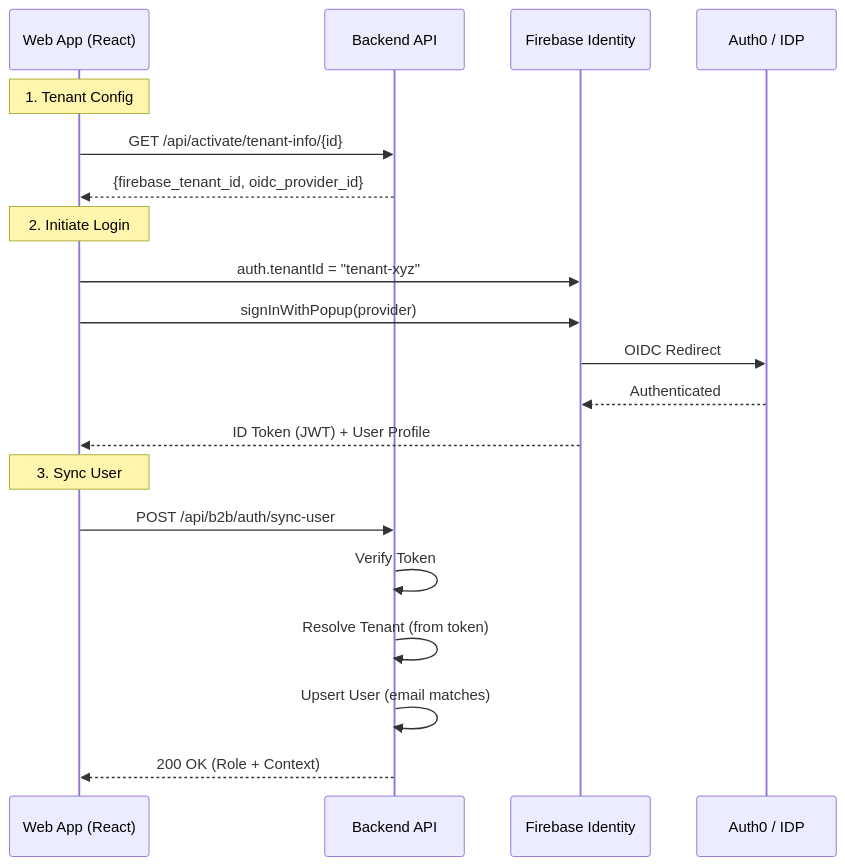
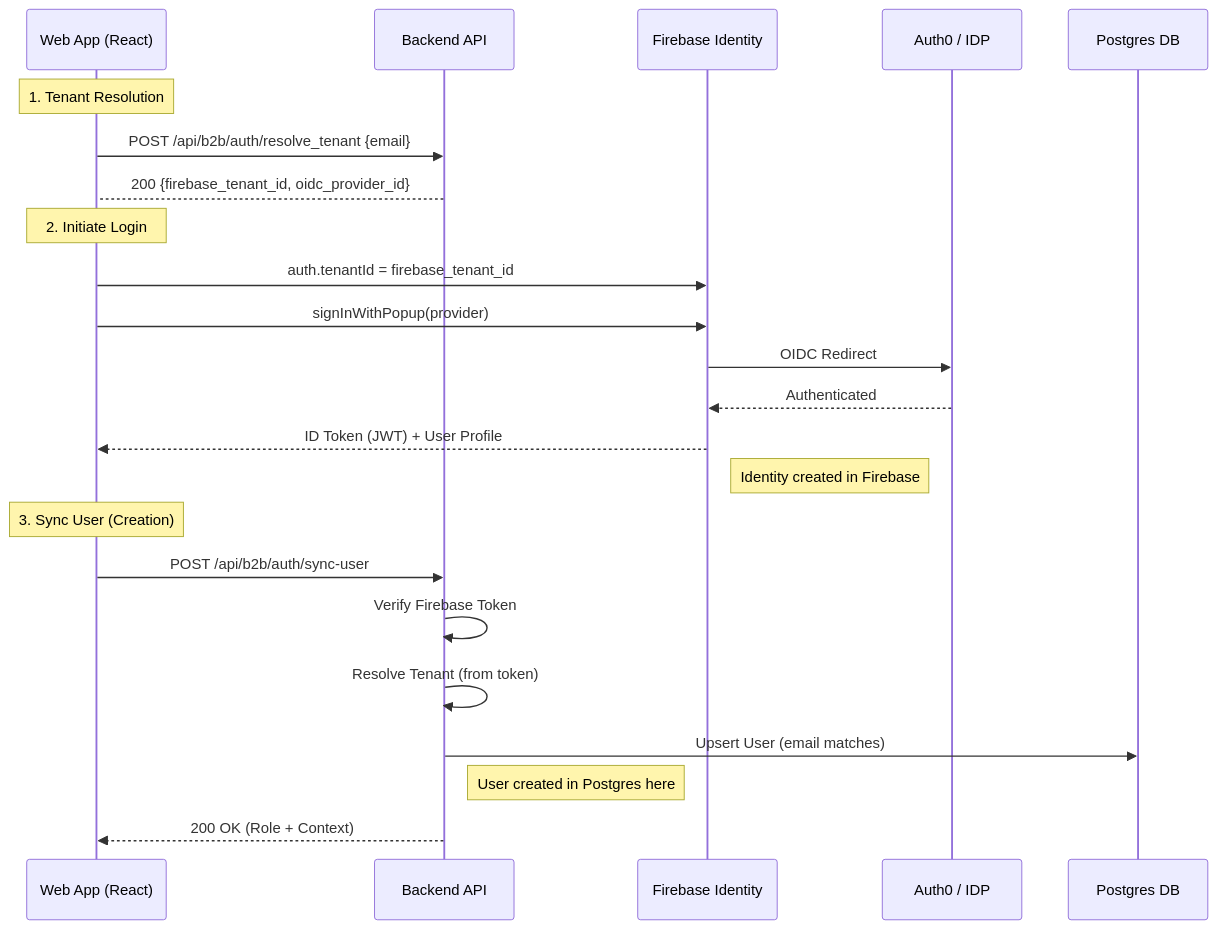
Before and after one commit to nkumar15/communication-analysis: the second of 3 diagrams in docs/architecture/authentication.md, drawn with Mermaid. The commit also changed other lines of this file, not shown here.

Commit message:
docs: Clarify web login sequence, tenant resolution, and detail identity creation strategy across login scenarios.

````diff
--- a/docs/architecture/authentication.md
+++ b/docs/architecture/authentication.md
@@ -47,26 +48,29 @@
 ```mermaid
 sequenceDiagram
     participant Browser as Web App (React)
     participant BE as Backend API
     participant Firebase as Firebase Identity
     participant IdP as Auth0 / IDP
+    participant DB as Postgres DB
 
-    Note over Browser: 1. Tenant Config
-    Browser->>BE: GET /api/activate/tenant-info/{id}
-    BE-->>Browser: {firebase_tenant_id, oidc_provider_id}
+    Note over Browser: 1. Tenant Resolution
+    Browser->>BE: POST /api/b2b/auth/resolve_tenant {email}
+    BE-->Browser: 200 {firebase_tenant_id, oidc_provider_id}
 
     Note over Browser: 2. Initiate Login
-    Browser->>Firebase: auth.tenantId = "tenant-xyz"
+    Browser->>Firebase: auth.tenantId = firebase_tenant_id
     Browser->>Firebase: signInWithPopup(provider)
     
     Firebase->>IdP: OIDC Redirect
     IdP-->>Firebase: Authenticated
     Firebase-->>Browser: ID Token (JWT) + User Profile
+    Note right of Firebase: Identity created in Firebase
 
-    Note over Browser: 3. Sync User
+    Note over Browser: 3. Sync User (Creation)
     Browser->>BE: POST /api/b2b/auth/sync-user
-    BE->>BE: Verify Token
+    BE->>BE: Verify Firebase Token
     BE->>BE: Resolve Tenant (from token)
-    BE->>BE: Upsert User (email matches)
+    BE->>DB: Upsert User (email matches)
+    Note right of BE: User created in Postgres here
     BE-->>Browser: 200 OK (Role + Context)
 ```
````
